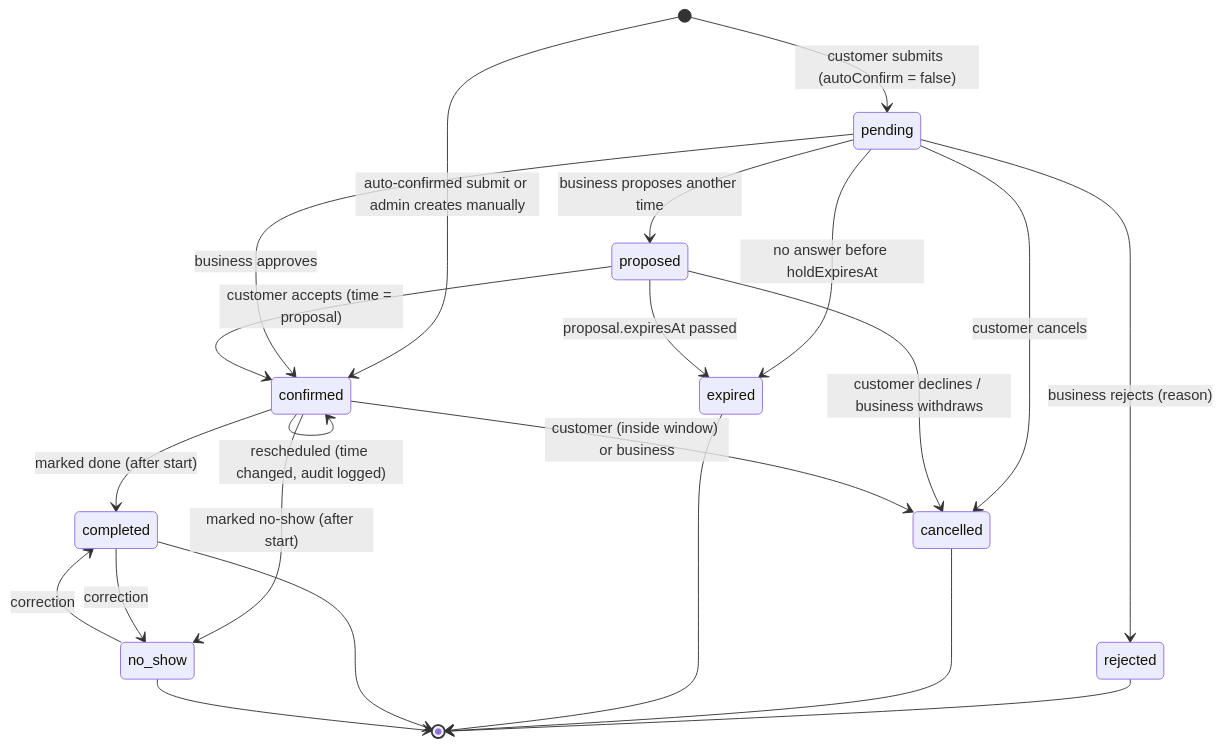
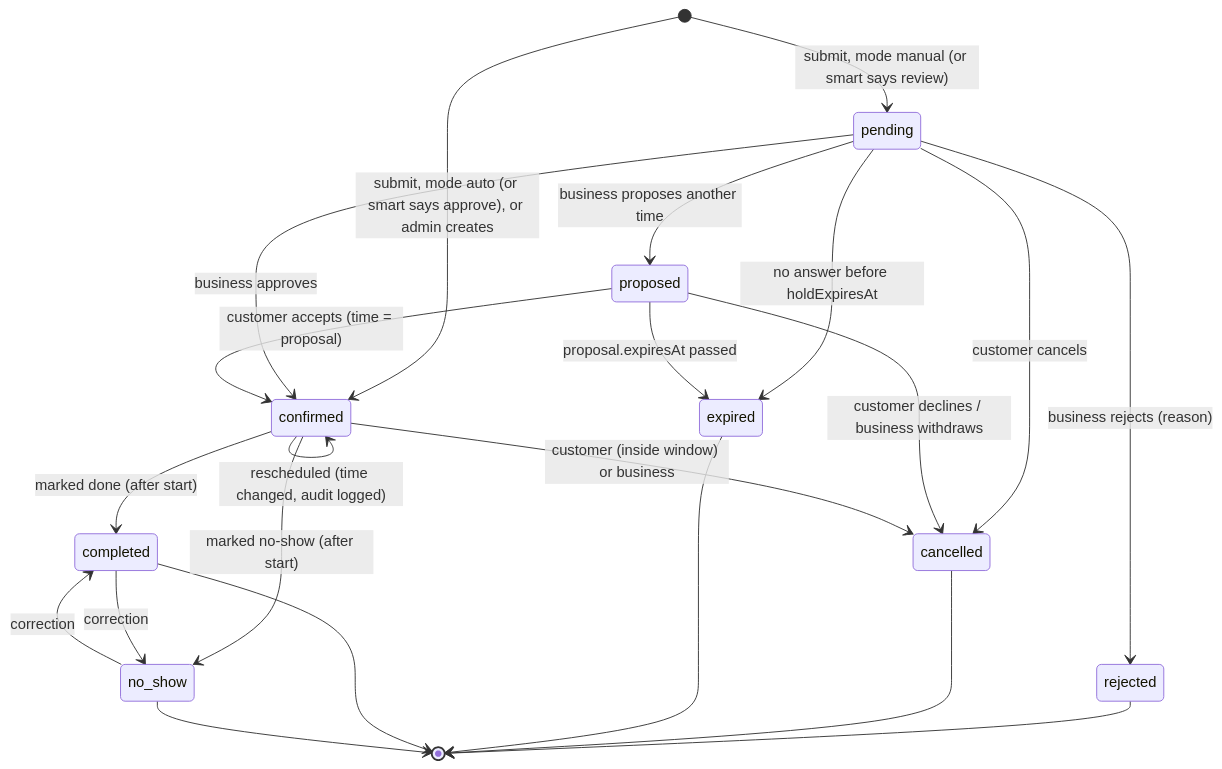
One commit to theglitchlabstudio-source/nubo changed the second of 4 diagrams in docs/ARCHITECTURE.md. Above: the diagram before and after it, drawn with Mermaid. The commit also changed other lines of this file and 1 other file, not shown here.

First line of the commit message:
Apply founder decisions to architecture (Nubo)

````diff
--- a/docs/ARCHITECTURE.md
+++ b/docs/ARCHITECTURE.md
@@ -401,29 +435,29 @@
 ```mermaid
 stateDiagram-v2
-    [*] --> pending: customer submits (autoConfirm = false)
-    [*] --> confirmed: auto-confirmed submit or admin creates manually
+    [*] --> pending: submit, mode manual (or smart says review)
+    [*] --> confirmed: submit, mode auto (or smart says approve), or admin creates
 
     pending --> confirmed: business approves
     pending --> rejected: business rejects (reason)
     pending --> proposed: business proposes another time
     pending --> cancelled: customer cancels
     pending --> expired: no answer before holdExpiresAt
 
     proposed --> confirmed: customer accepts (time = proposal)
     proposed --> cancelled: customer declines / business withdraws
     proposed --> expired: proposal.expiresAt passed
 
     confirmed --> confirmed: rescheduled (time changed, audit logged)
     confirmed --> cancelled: customer (inside window) or business
     confirmed --> completed: marked done (after start)
     confirmed --> no_show: marked no-show (after start)
 
     completed --> no_show: correction
     no_show --> completed: correction
 
     rejected --> [*]
     cancelled --> [*]
     expired --> [*]
     completed --> [*]
     no_show --> [*]
 ```
````
